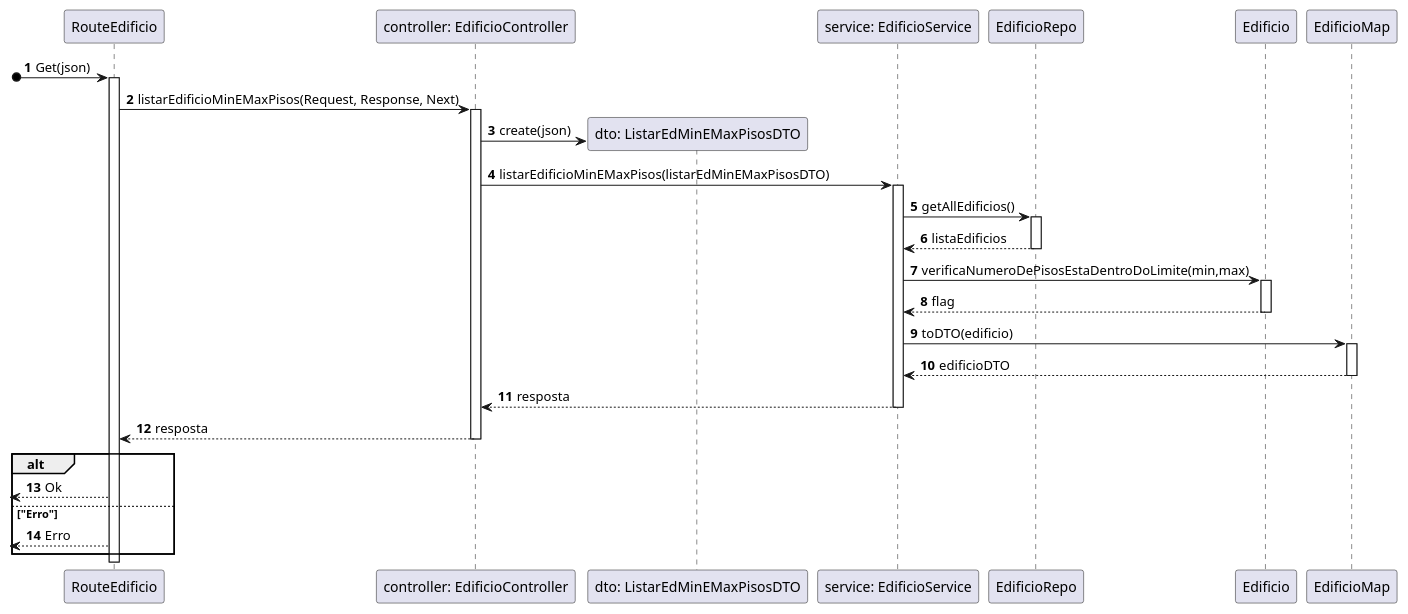
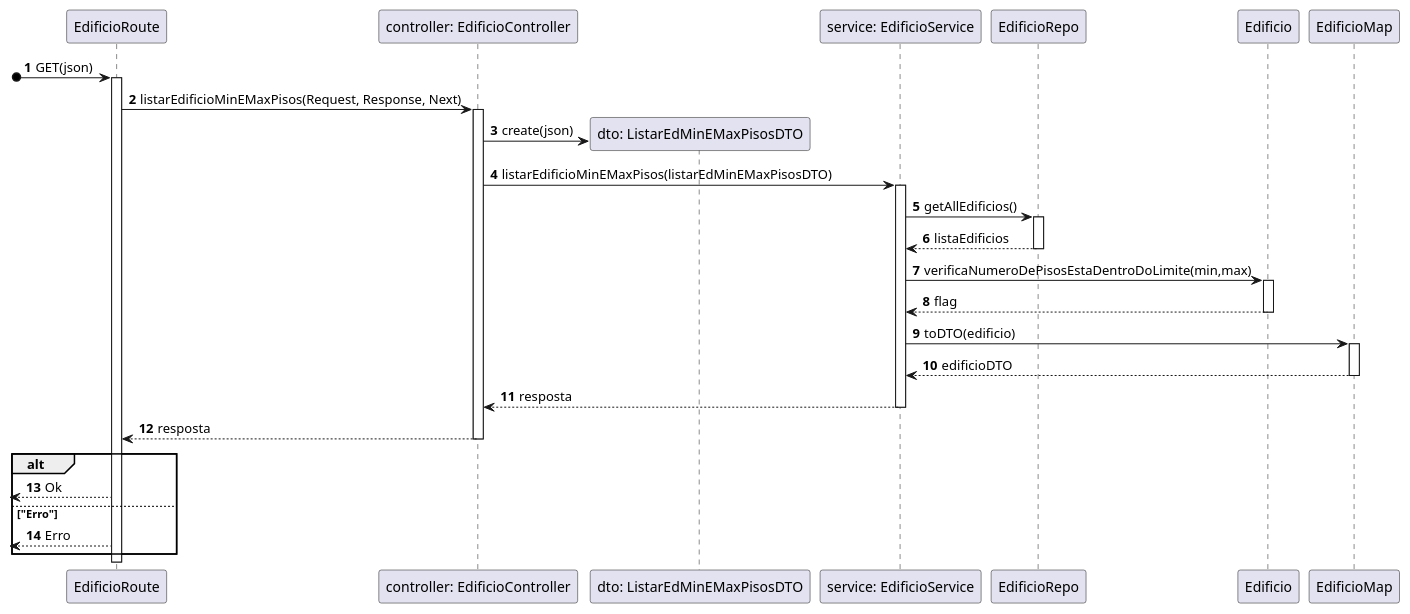
One commit to SEM5PI2324G58/sem5pi_g58_23_24 changed the diagram in docs/Sprint_A/US_180/N3/US180_VP.puml. Above: the diagram before and after it, drawn with PlantUML. The commit also changed 6 other files, not shown here.

```diff
--- a/docs/Sprint_A/US_180/N3/US180_VP.puml
+++ b/docs/Sprint_A/US_180/N3/US180_VP.puml
@@ -1,35 +1,35 @@
 autonumber
 
-participant RouteEdificio as route
+participant EdificioRoute as route
 participant "controller: EdificioController" as ctrl
 participant "dto: ListarEdMinEMaxPisosDTO" as dto
 participant "service: EdificioService" as service
 participant "EdificioRepo" as edRepo
 participant "Edificio" as edificio
 participant "EdificioMap" as edificioMap
 
 
 
-[o-> route: Get(json)
+[o-> route: GET(json)
 activate route
 route -> ctrl: listarEdificioMinEMaxPisos(Request, Response, Next)
 activate ctrl
 ctrl -> dto ** : create(json)
 ctrl -> service: listarEdificioMinEMaxPisos(listarEdMinEMaxPisosDTO) 
 activate service
 service -> edRepo: getAllEdificios()
 activate edRepo
 return listaEdificios
 service -> edificio :  verificaNumeroDePisosEstaDentroDoLimite(min,max)
 activate edificio
 return flag
 service -> edificioMap: toDTO(edificio)
 activate edificioMap
 return edificioDTO
 return resposta
 return resposta
 alt
 <-- route: Ok
 else "Erro"
 <-- route: Erro
 end alt
```
